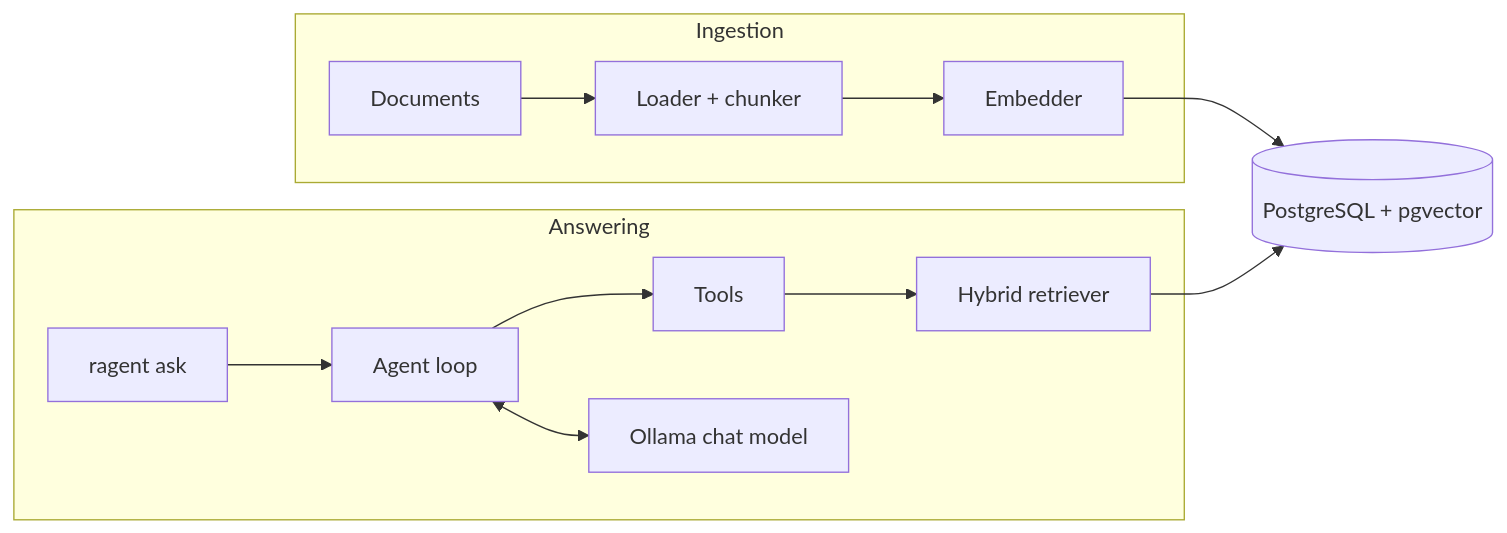
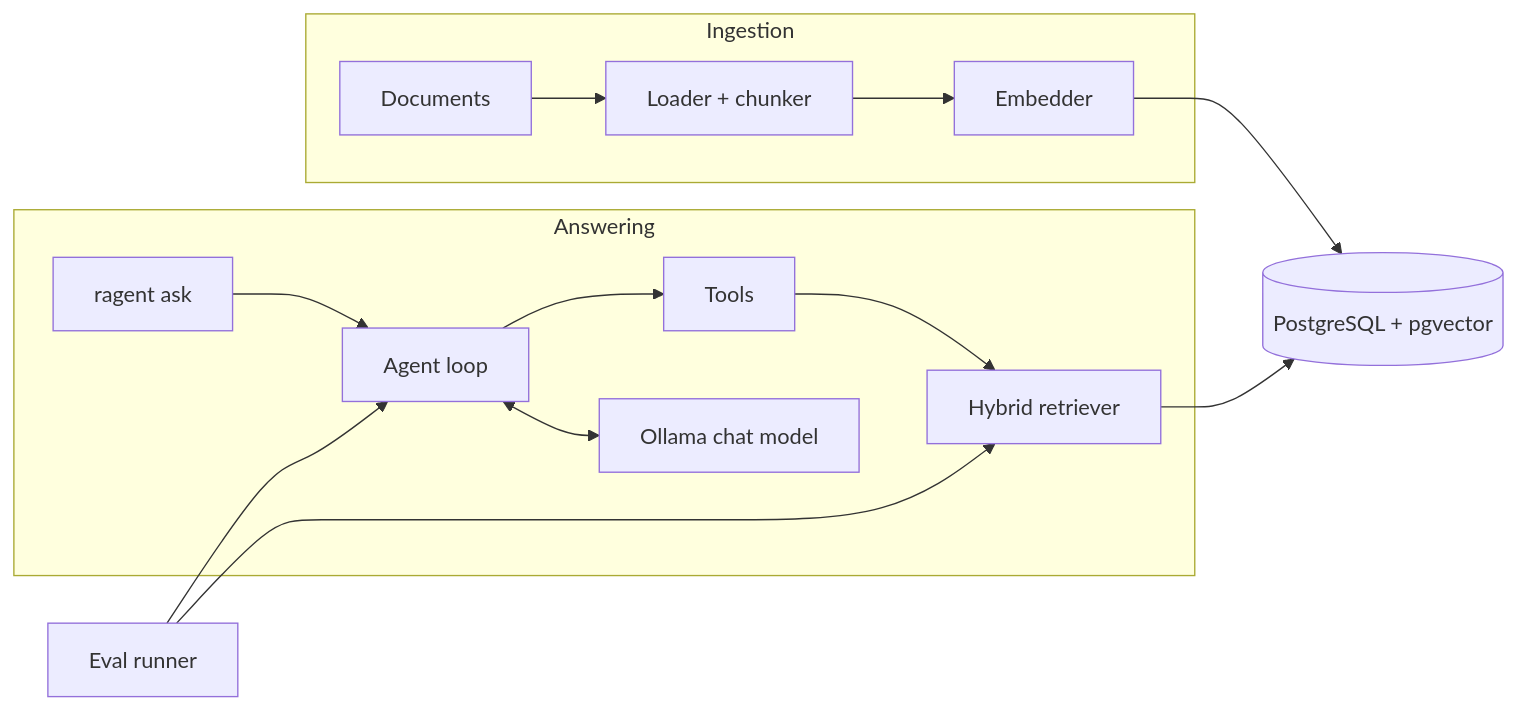
One commit to Mohamedboukadida-lang/agentic changed the diagram in README.md. Above: the diagram before and after it, drawn with Mermaid. The commit also changed other lines of this file and 3 other files, not shown here.

````diff
--- a/README.md
+++ b/README.md
@@ -17,12 +17,14 @@
 ```mermaid
 flowchart LR
   subgraph Ingestion
     D[Documents] --> L[Loader + chunker] --> E[Embedder]
   end
   E --> S[(PostgreSQL + pgvector)]
   subgraph Answering
     C[ragent ask] --> G[Agent loop] --> T[Tools] --> R[Hybrid retriever]
     G <--> M[Ollama chat model]
   end
   R --> S
+  V[Eval runner] --> R
+  V --> G
 ```
````
